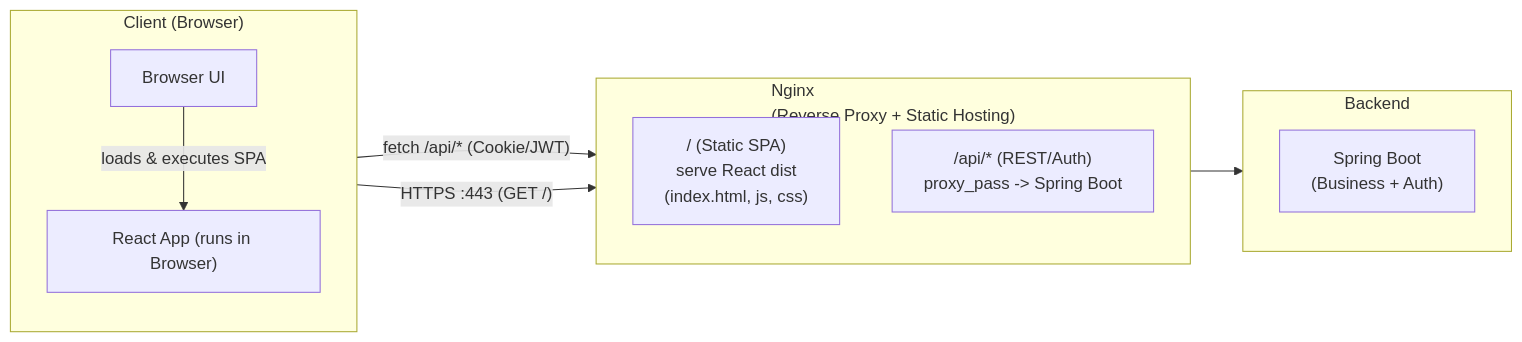
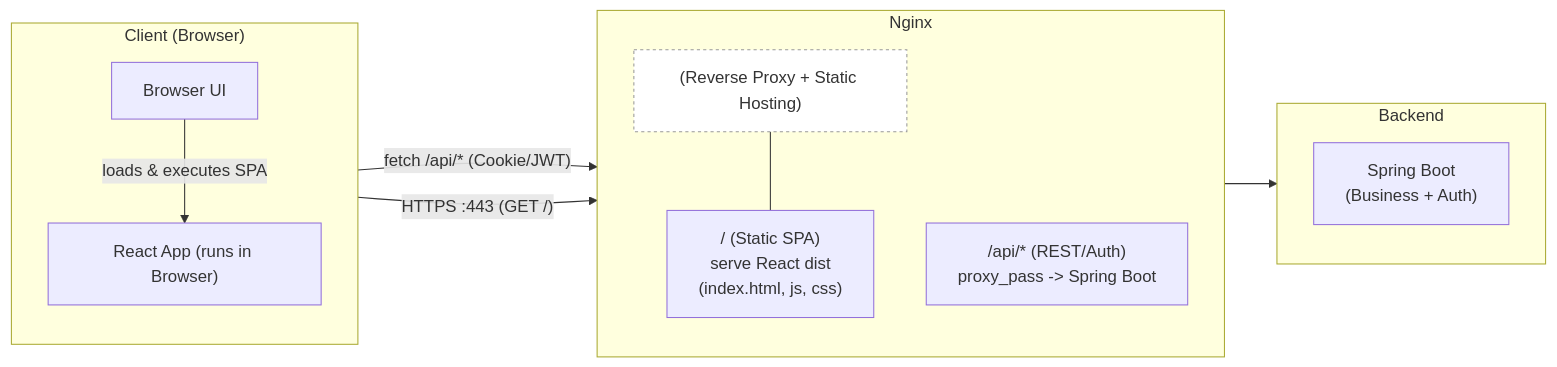
The second of 2 diagrams in _posts/2026-03-04-react-springboot-structure.md (jhlee-si/jhlee-si.github.io), drawn with Mermaid before and after one commit.

````diff
--- a/_posts/2026-03-04-react-springboot-structure.md
+++ b/_posts/2026-03-04-react-springboot-structure.md
@@ -27,21 +27,31 @@
 ```mermaid
-flowchart LR
- subgraph C["Client (Browser)"]
+flowchart LR  
+  subgraph C["Client (Browser)"]
     direction TB
-        U["Browser UI"]
-        R["React App (runs in Browser)"]
+    U["Browser UI"]
+    R["React App (runs in Browser)"]
+    U -->|loads & executes SPA| R
   end
- subgraph N["Nginx<br>(Reverse Proxy + Static Hosting)"]
+
+  %% ===== Nginx =====
+  subgraph N[Nginx]
     direction TB
-        NSPA["/ (Static SPA)<br>serve React dist<br>(index.html, js, css)"]
-        NAPI["/api/* (REST/Auth)<br>proxy_pass -&gt; Spring Boot"]
+    NTitle["(Reverse Proxy + Static Hosting)"]:::note
+    NSPA["/ (Static SPA)<br/>serve React dist<br/>(index.html, js, css)"]
+    NAPI["/api/* (REST/Auth)<br/>proxy_pass -> Spring Boot"]
+    NTitle --- NSPA
   end
- subgraph S["Backend"]
+
+  %% ===== Backend =====
+  subgraph S[Backend]
     direction TB
-        B["Spring Boot<br>(Business + Auth)"]
+    B["Spring Boot<br/>(Business + Auth)"]
   end
-    U -- loads & executes SPA --> R
-    C -- HTTPS :443 (GET /) --> NSPA
-    R -- fetch /api/* (Cookie/JWT) --> NAPI
-    NAPI --> B
+
+  %% Flows
+  C -- HTTPS :443 (GET /) --> NSPA
+  R -- fetch /api/* (Cookie/JWT) --> NAPI
+  NAPI --> B
+
+  classDef note fill:#fff,stroke:#999,color:#333,stroke-dasharray: 3 3;
 ```
````
